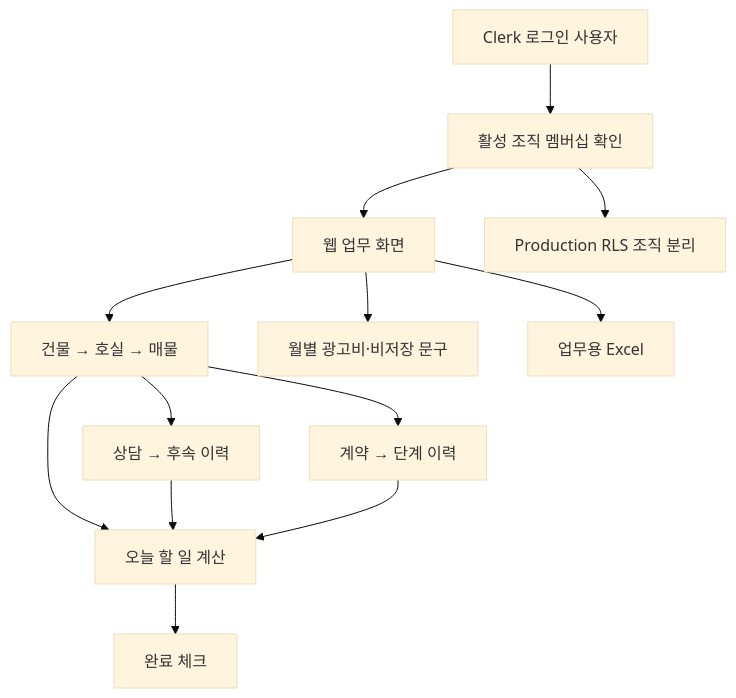
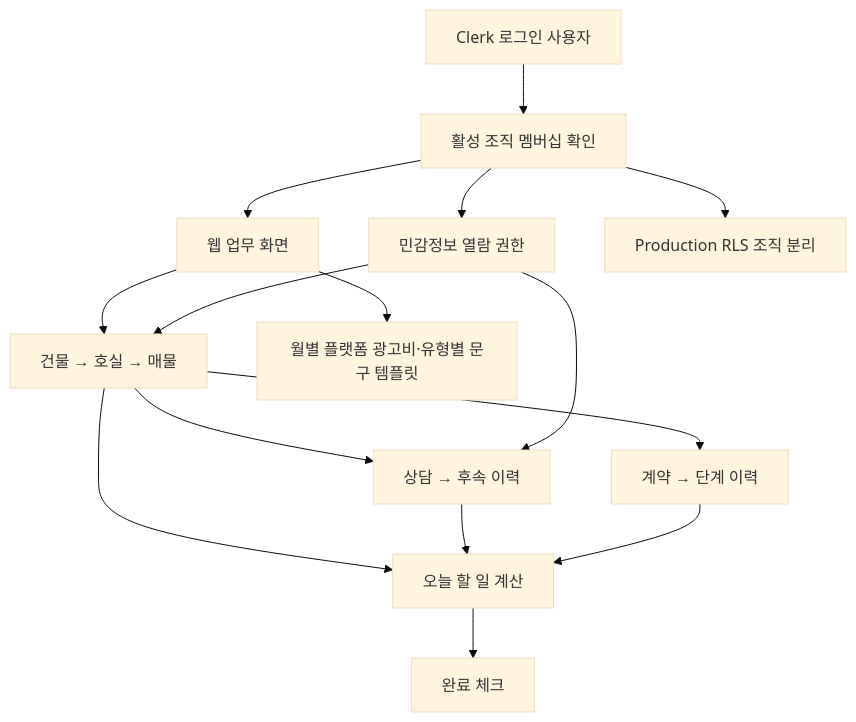
The diagram in docs/13.mermaid_diagram.md (jhkoo0314/REK), drawn with Mermaid (base theme) before and after one commit. The commit also changed 24 other files, not shown here.

Commit message:
feat: implement advertisement management system including database schemas, server actions, and UI workspaces for monthly costs and copy templates.

````diff
--- a/docs/13.mermaid_diagram.md
+++ b/docs/13.mermaid_diagram.md
@@ -3,15 +3,17 @@
 ```mermaid
 flowchart TD
   U[Clerk 로그인 사용자] --> M[활성 조직 멤버십 확인]
   M --> A[웹 업무 화면]
   A --> L[건물 → 호실 → 매물]
   L --> C[상담 → 후속 이력]
   L --> K[계약 → 단계 이력]
   L --> T[오늘 할 일 계산]
   C --> T
   K --> T
   T --> D[완료 체크]
-  A --> AD[월별 광고비·비저장 문구]
-  A --> E[업무용 Excel]
+  A --> AD[월별 플랫폼 광고비·유형별 문구 템플릿]
+  M --> S[민감정보 열람 권한]
+  S --> L
+  S --> C
   M --> R[Production RLS 조직 분리]
 ```
````
